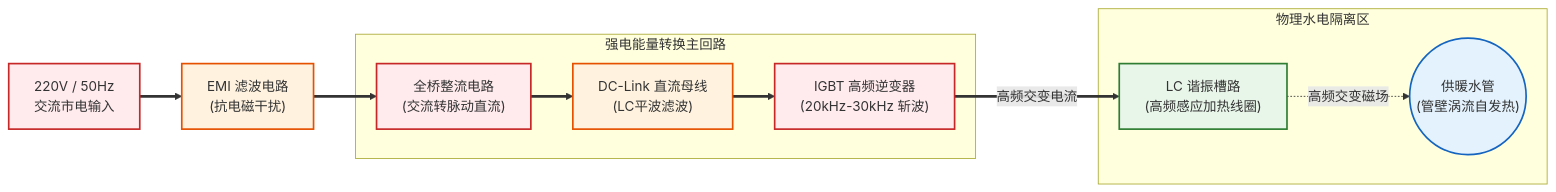
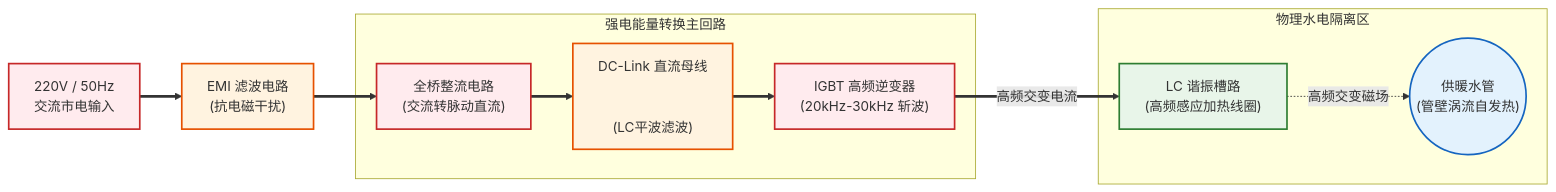
One commit to Caom-coll/iodraw-files changed the diagram in all/未命名.md. Above: the diagram before and after it, drawn with Mermaid.

Commit message:
2026-05-23 13:02:39 update

````diff
--- a/all/未命名.md
+++ b/all/未命名.md
@@ -1,46 +1,49 @@
 ```mermaid
 graph LR
     %% 定义节点
     Mains["220V / 50Hz
         交流市电输入"]
     EMI["EMI 滤波电路
-            (抗电磁干扰)"]
-    Rectifier["全桥整流电路\n(交流转脉动直流)"]
-    DCLink["DC-Link 直流母线\n(LC平波滤波)"]
+        (抗电磁干扰)"]
+    Rectifier["全桥整流电路
+    (交流转脉动直流)"]
+    DCLink["DC-Link 直流母线\n
+    
+    (LC平波滤波)"]
     Inverter["IGBT 高频逆变器\n(20kHz-30kHz 斩波)"]
     Coil["LC 谐振槽路\n(高频感应加热线圈)"]
     Load(("供暖水管\n(管壁涡流自发热)"))
 
     %% 定义连接线（能量流向）
     Mains ==> EMI
     EMI ==> Rectifier
     Rectifier ==> DCLink
     DCLink ==> Inverter
     Inverter ==高频交变电流==> Coil
     Coil -.高频交变磁场.-> Load
 
     %% 模块分组框图
     subgraph 强电能量转换主回路
         Rectifier
         DCLink
         Inverter
     end
 
     %% 物理隔离区标识
     subgraph 物理水电隔离区
         Coil
         Load
     end
 
     %% 定义样式颜色
     classDef power fill:#ffebee,stroke:#c62828,stroke-width:2px;
     classDef filter fill:#fff3e0,stroke:#e65100,stroke-width:2px;
     classDef heat fill:#e8f5e9,stroke:#2e7d32,stroke-width:2px;
     classDef water fill:#e3f2fd,stroke:#1565c0,stroke-width:2px;
 
     %% 应用样式
     class Mains,Rectifier,Inverter power;
     class EMI,DCLink filter;
     class Coil heat;
     class Load water;
 ```
````
